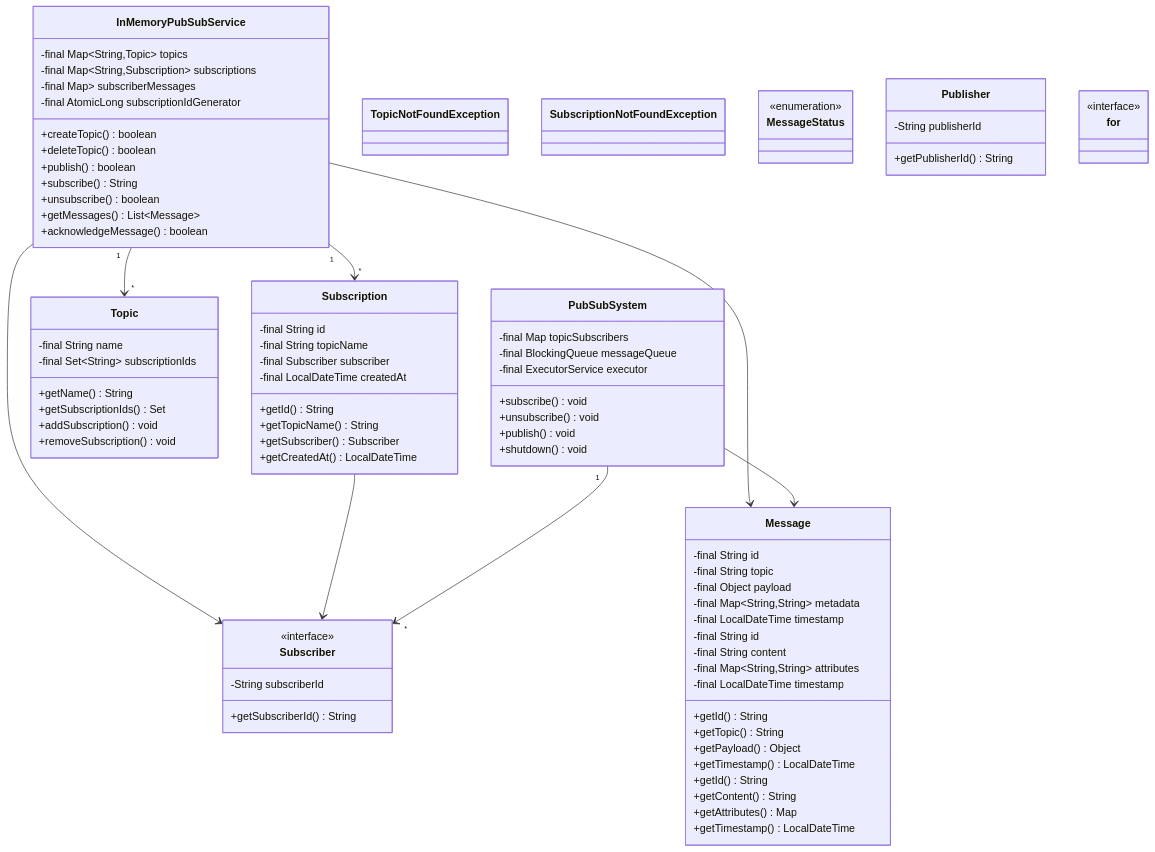
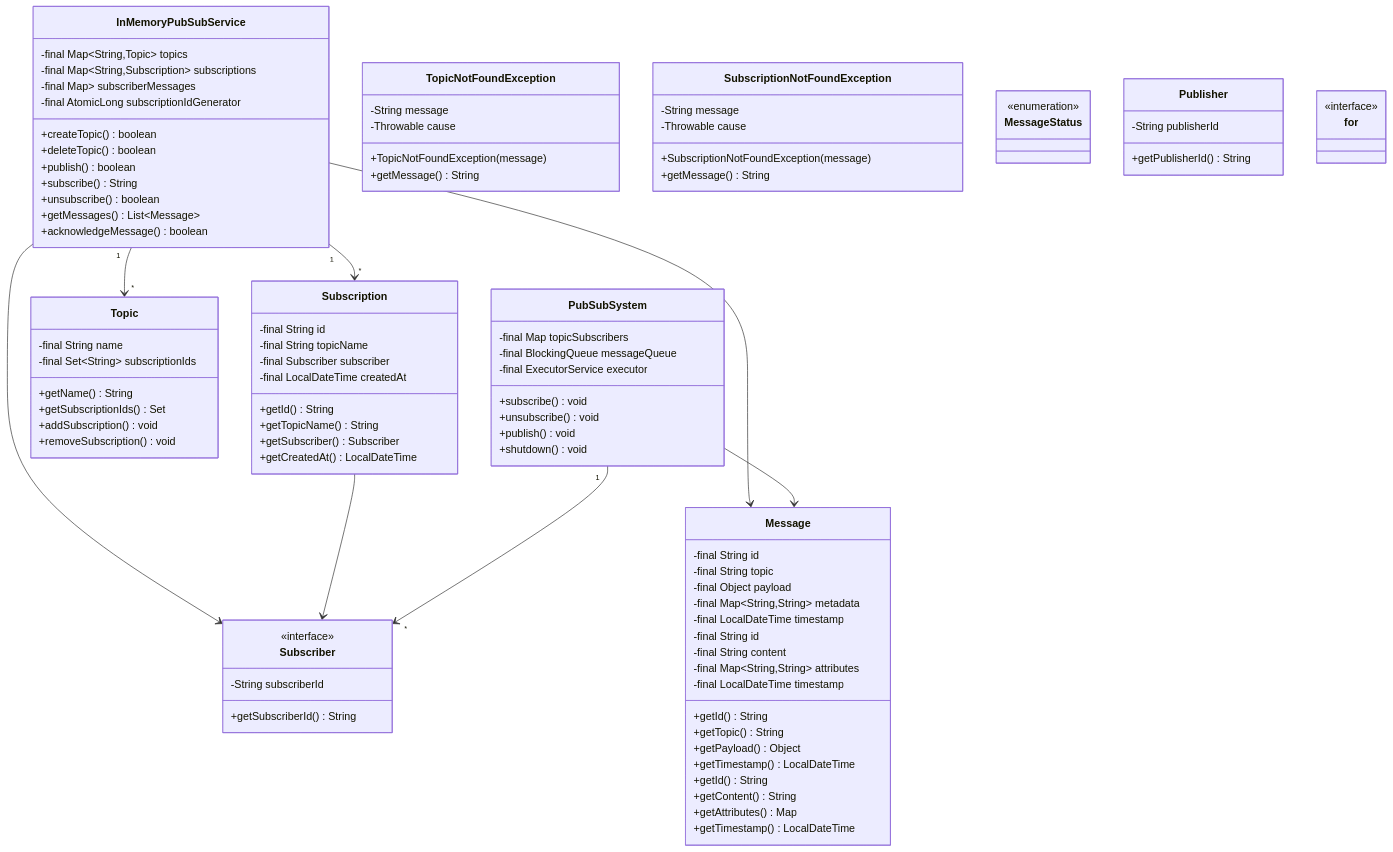
The diagram in docs/problems/pubsub/README.md (dlkr18/lld-playbook), drawn with Mermaid before and after one commit. The commit also changed 64 other files, not shown here.

```diff
--- a/docs/problems/pubsub/README.md
+++ b/docs/problems/pubsub/README.md
@@ -444,9 +444,17 @@
     }
 
     class TopicNotFoundException {
+        -String message
+        -Throwable cause
+        +TopicNotFoundException(message)
+        +getMessage() String
     }
 
     class SubscriptionNotFoundException {
+        -String message
+        -Throwable cause
+        +SubscriptionNotFoundException(message)
+        +getMessage() String
     }
 
     class Message {
```
